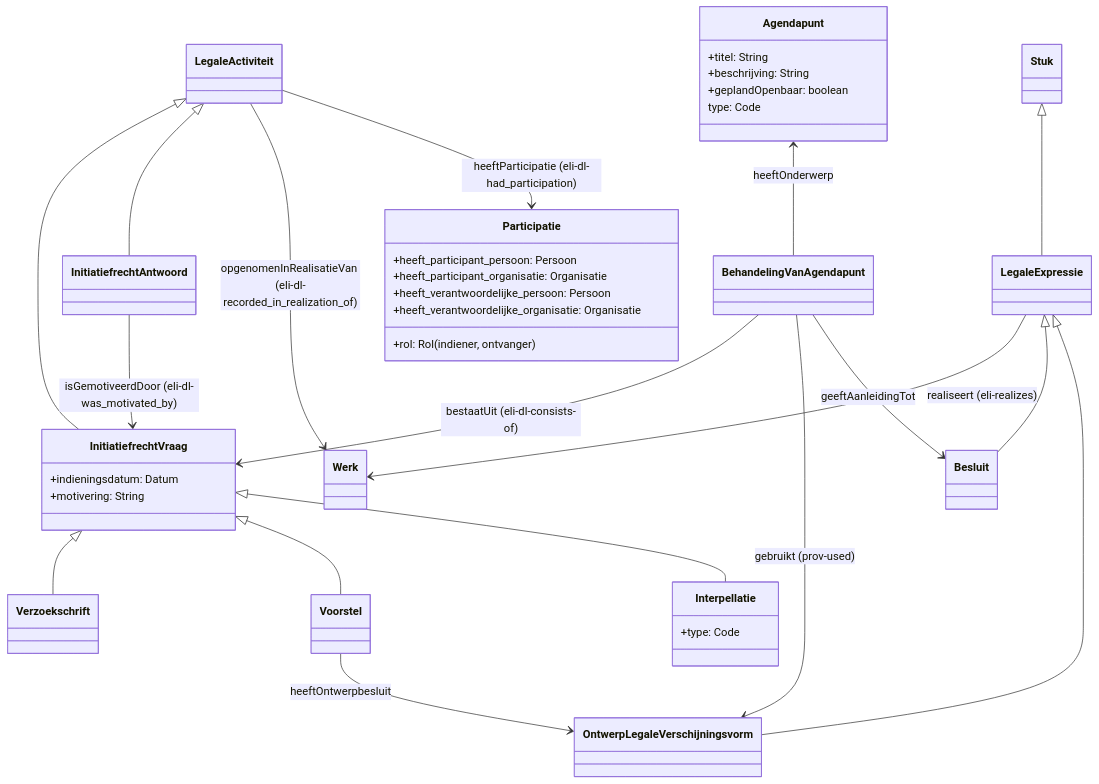
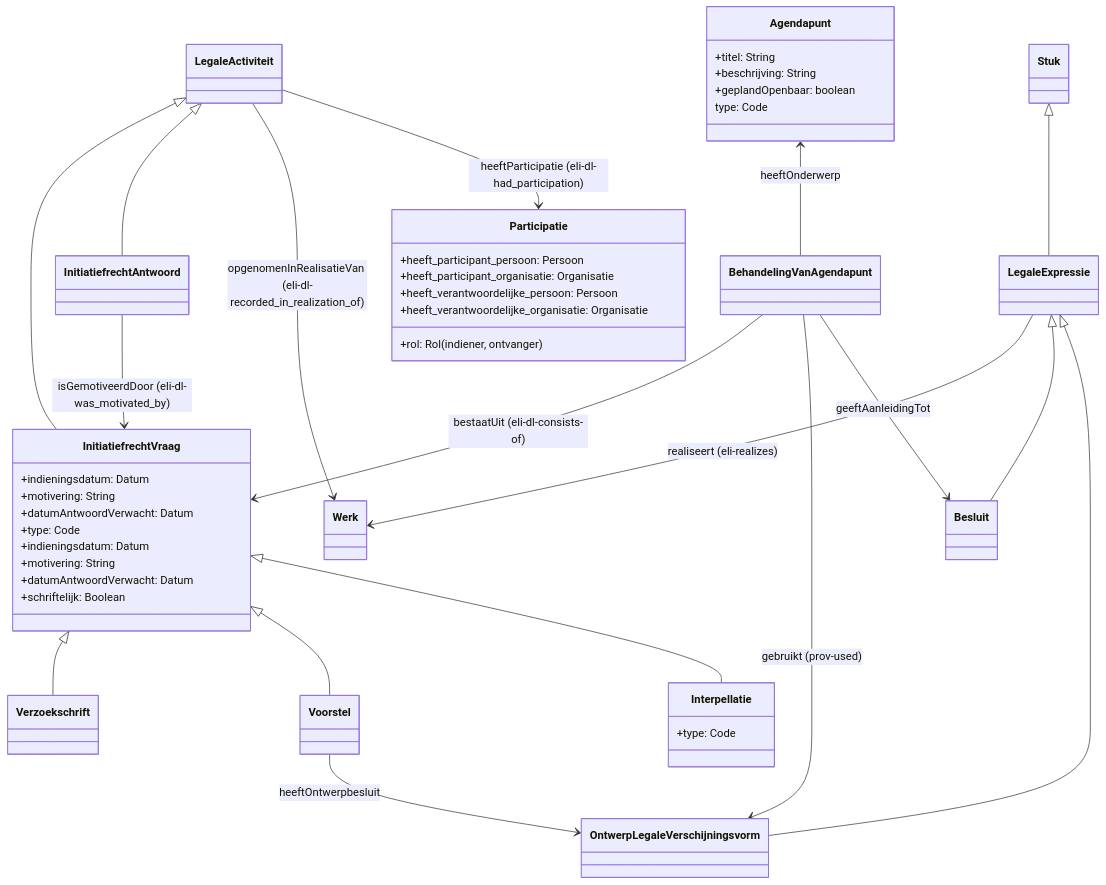
One commit to Informatievlaanderen/OSLOthema-slimmeRaadpleegOmgeving changed the tenth of 10 diagrams in README.md. Above: the diagram before and after it, drawn with Mermaid. The commit also changed other lines of this file, not shown here.

````diff
--- a/README.md
+++ b/README.md
@@ -358,45 +358,53 @@
 ```mermaid
 classDiagram
     Agendapunt <-- BehandelingVanAgendapunt: heeftOnderwerp
     LegaleActiviteit <|-- InitiatiefrechtVraag
     LegaleActiviteit <|-- InitiatiefrechtAntwoord
     InitiatiefrechtAntwoord --> InitiatiefrechtVraag : isGemotiveerdDoor (eli-dl-was_motivated_by)
     BehandelingVanAgendapunt --> InitiatiefrechtVraag: bestaatUit (eli-dl-consists-of)
     InitiatiefrechtVraag <|-- Verzoekschrift
     InitiatiefrechtVraag <|-- Voorstel
     InitiatiefrechtVraag <|-- Interpellatie
 
     LegaleActiviteit --> Werk: opgenomenInRealisatieVan (eli-dl-recorded_in_realization_of)
     LegaleExpressie --> Werk: realiseert (eli-realizes)
 
     Voorstel --> OntwerpLegaleVerschijningsvorm: heeftOntwerpbesluit
     LegaleActiviteit --> Participatie: heeftParticipatie (eli-dl-had_participation)
     BehandelingVanAgendapunt --> OntwerpLegaleVerschijningsvorm: gebruikt (prov-used)
     BehandelingVanAgendapunt --> Besluit: geeftAanleidingTot
     Stuk <|-- LegaleExpressie
     LegaleExpressie <|-- Besluit 
     LegaleExpressie <|-- OntwerpLegaleVerschijningsvorm
 
     class Agendapunt {
       +titel: String
       +beschrijving: String
       +geplandOpenbaar: boolean
       type: Code
     }
     class InitiatiefrechtVraag {
       +indieningsdatum: Datum
       +motivering: String
+      +datumAntwoordVerwacht: Datum
+      +type: Code
+    }
+    class InitiatiefrechtVraag {
+      +indieningsdatum: Datum
+      +motivering: String
+      +datumAntwoordVerwacht: Datum
+      +schriftelijk: Boolean
     }
     class Participatie {
       +heeft_participant_persoon: Persoon
       +heeft_participant_organisatie: Organisatie
       +rol: Rol (indiener, ontvanger)
       +heeft_verantwoordelijke_persoon: Persoon
      +heeft_verantwoordelijke_organisatie: Organisatie
     }
 
     class Interpellatie {
       +type: Code
     }
   
 ```
````
